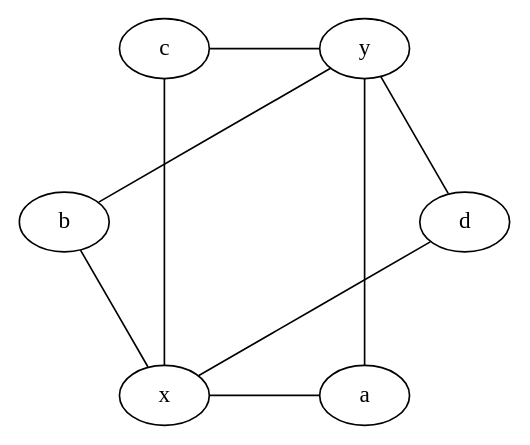
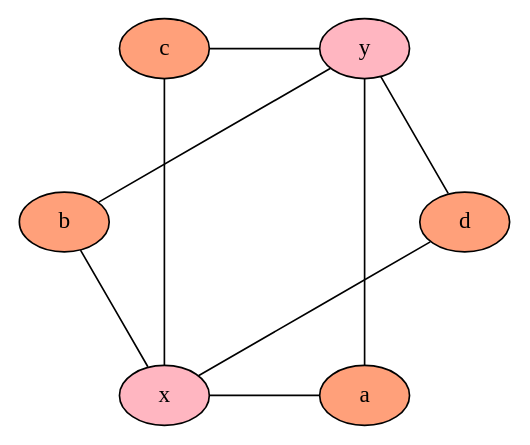
Before and after one commit to jayyy-cs/register-allocation-graph: the diagram in tst/graphs/bid_bipartite.dot, drawn with Graphviz. The commit also changed 1 other file, not shown here.

```diff
--- a/tst/graphs/bid_bipartite.dot
+++ b/tst/graphs/bid_bipartite.dot
@@ -1,17 +1,17 @@
 graph {
 graph [layout=circo]
-a [style="filled", fillcolor=white]
-d [style="filled", fillcolor=white]
-x [style="filled", fillcolor=white]
-b [style="filled", fillcolor=white]
-c [style="filled", fillcolor=white]
-y [style="filled", fillcolor=white]
+a [style="filled", fillcolor=lightsalmon]
+d [style="filled", fillcolor=lightsalmon]
+x [style="filled", fillcolor=lightpink]
+b [style="filled", fillcolor=lightsalmon]
+c [style="filled", fillcolor=lightsalmon]
+y [style="filled", fillcolor=lightpink]
 a -- y
 a -- x
 d -- y
 d -- x
 x -- c
 x -- b
 b -- y
 c -- y
 }
```
